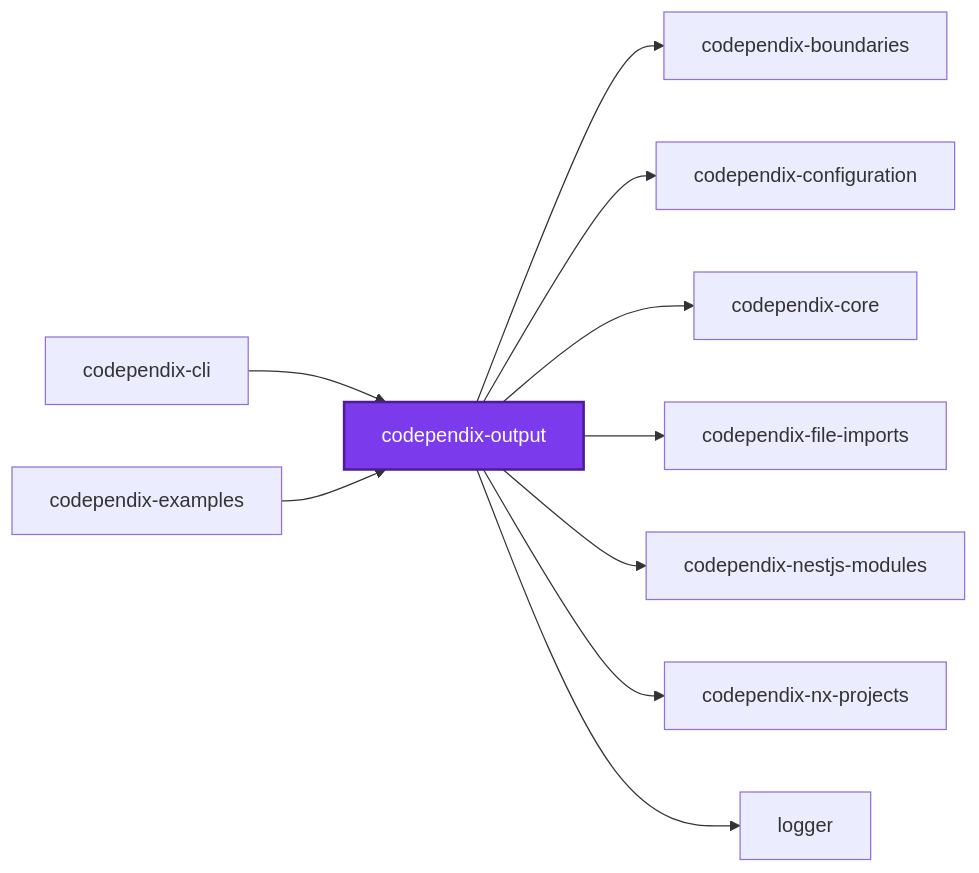
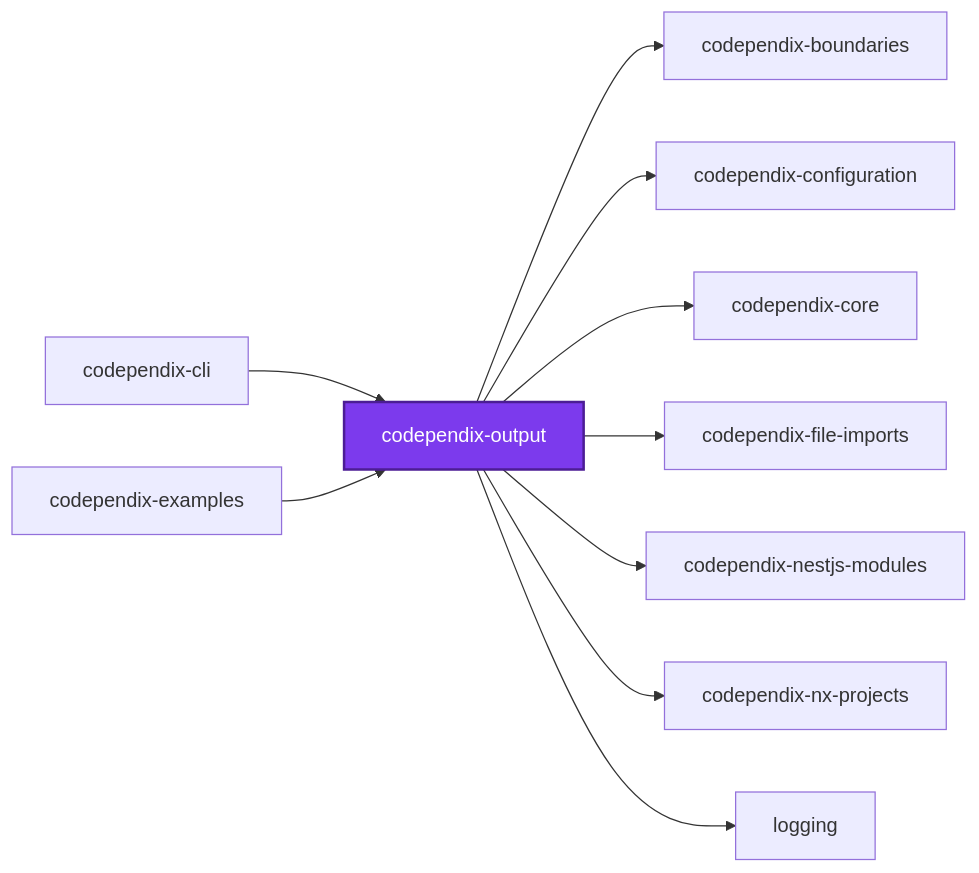
Before and after one commit to Organizzolini/codebase: the first of 3 diagrams in packages/ic-suite/codependix/codependix-output/README.md, drawn with Mermaid. The commit also changed 555 other files, not shown here.

````diff
--- a/packages/ic-suite/codependix/codependix-output/README.md
+++ b/packages/ic-suite/codependix/codependix-output/README.md
@@ -24,24 +24,24 @@
 ```mermaid
 graph LR
   codependix_boundaries["codependix-boundaries"]
   codependix_cli["codependix-cli"]
   codependix_configuration["codependix-configuration"]
   codependix_core["codependix-core"]
   codependix_examples["codependix-examples"]
   codependix_file_imports["codependix-file-imports"]
   codependix_nestjs_modules["codependix-nestjs-modules"]
   codependix_nx_projects["codependix-nx-projects"]
   codependix_output["codependix-output"]
-  logger["logger"]
+  logging["logging"]
   codependix_cli --> codependix_output
   codependix_examples --> codependix_output
   codependix_output --> codependix_boundaries
   codependix_output --> codependix_configuration
   codependix_output --> codependix_core
   codependix_output --> codependix_file_imports
   codependix_output --> codependix_nestjs_modules
   codependix_output --> codependix_nx_projects
-  codependix_output --> logger
+  codependix_output --> logging
   classDef subject fill:#7c3aed,color:#fff,stroke:#4c1d95,stroke-width:2px
   class codependix_output subject
 ```
````
